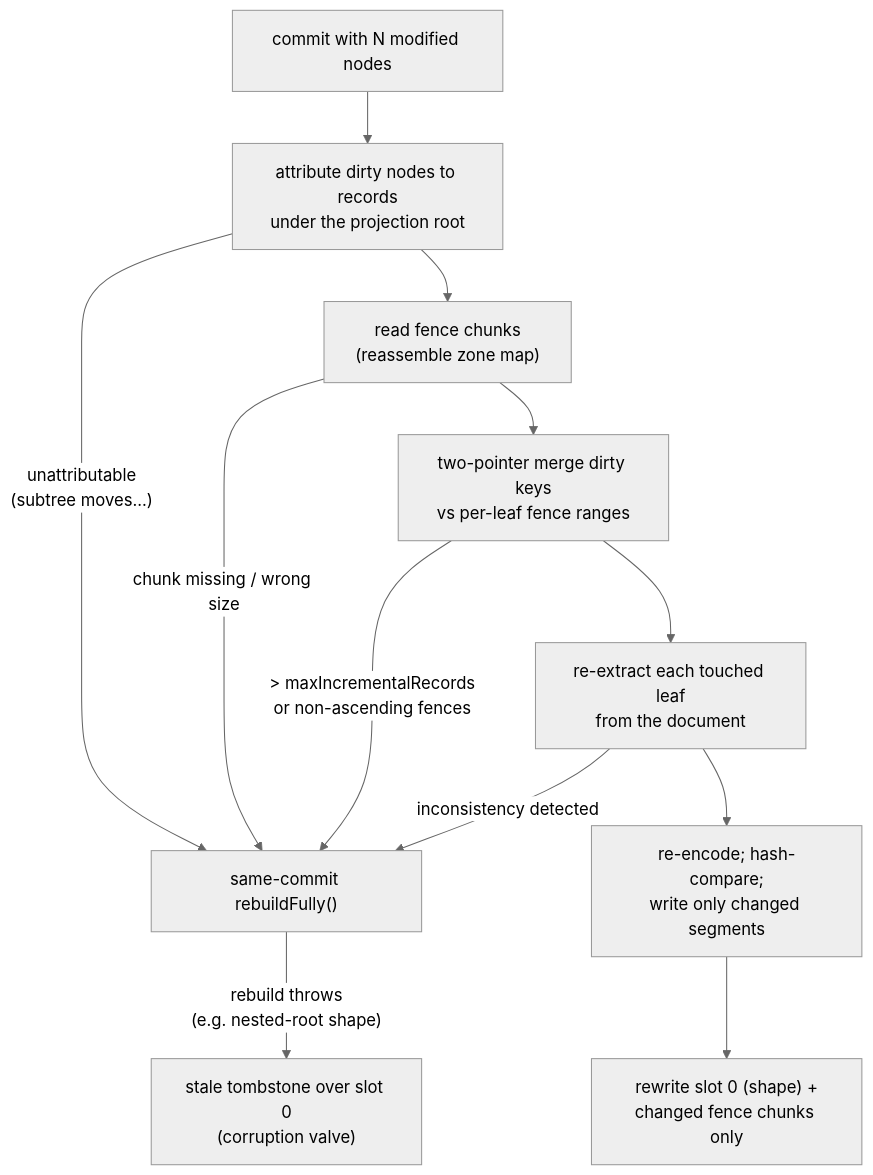
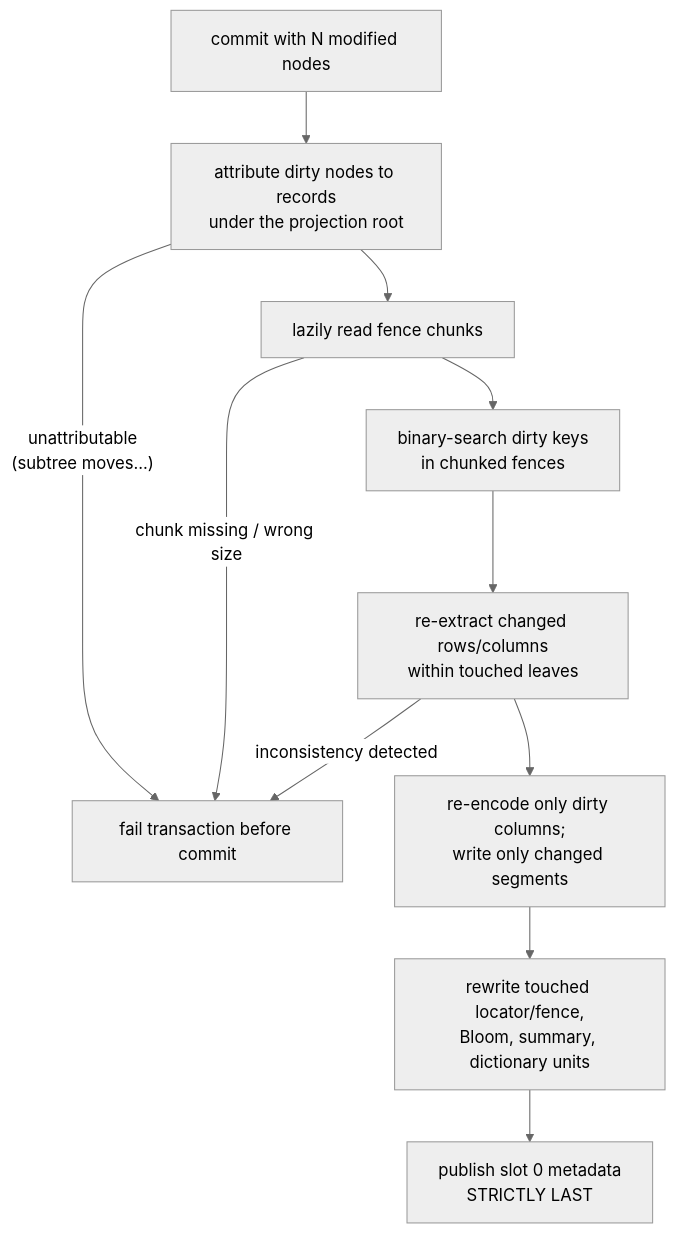
The tenth of 15 diagrams in docs/PROJECTION_INDEX_DEEP_DIVE.md (sirixdb/sirix), drawn with Mermaid (neutral theme) before and after one commit. The commit also changed other lines of this file and 141 other files, not shown here.

````diff
--- a/docs/PROJECTION_INDEX_DEEP_DIVE.md
+++ b/docs/PROJECTION_INDEX_DEEP_DIVE.md
@@ -791,14 +788,13 @@
 ```mermaid
 flowchart TD
     C["commit with N modified nodes"] --> A["attribute dirty nodes to records<br/>under the projection root"]
-    A -- "unattributable<br/>(subtree moves...)" --> RB
-    A --> F["read fence chunks<br/>(reassemble zone map)"]
-    F --> M["two-pointer merge dirty keys<br/>vs per-leaf fence ranges"]
-    M --> T["re-extract each touched leaf<br/>from the document"]
-    T --> E["re-encode; hash-compare;<br/>write only changed segments"]
-    E --> S["rewrite slot 0 (shape) +<br/>changed fence chunks only"]
-    F -- "chunk missing / wrong size" --> RB
-    M -- "> maxIncrementalRecords<br/>or non-ascending fences" --> RB["same-commit rebuildFully()"]
-    RB -- "rebuild throws<br/>(e.g. nested-root shape)" --> TS["stale tombstone over slot 0<br/>(corruption valve)"]
-    T -- "inconsistency detected" --> RB
+    A -- "unattributable<br/>(subtree moves...)" --> FC["fail transaction before commit"]
+    A --> F["lazily read fence chunks"]
+    F --> M["binary-search dirty keys<br/>in chunked fences"]
+    M --> T["re-extract changed rows/columns<br/>within touched leaves"]
+    T --> E["re-encode only dirty columns;<br/>write only changed segments"]
+    E --> S["rewrite touched locator/fence,<br/>Bloom, summary, dictionary units"]
+    S --> P["publish slot 0 metadata<br/>STRICTLY LAST"]
+    F -- "chunk missing / wrong size" --> FC
+    T -- "inconsistency detected" --> FC
 ```
````
